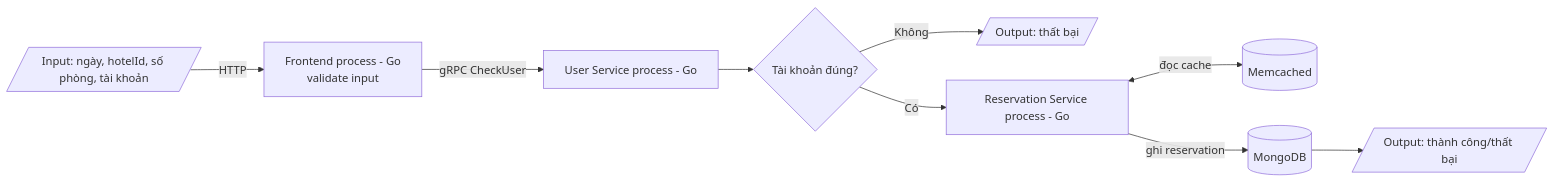
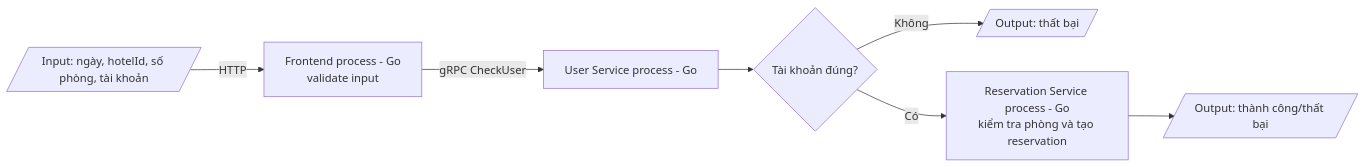
The third of 11 diagrams in 22-CAU-HOI-VA-DAP-AN.md (khuongduy354/onthi-swe), drawn with Mermaid before and after one commit.

Commit message:
Keep reservation process view focused on runtime processes

````diff
--- a/22-CAU-HOI-VA-DAP-AN.md
+++ b/22-CAU-HOI-VA-DAP-AN.md
@@ -110,11 +110,9 @@
 ```mermaid
 flowchart LR
     I[/Input: ngày, hotelId, số phòng, tài khoản/] -->|HTTP| F[Frontend process - Go<br/>validate input]
     F -->|gRPC CheckUser| U[User Service process - Go]
     U --> D{Tài khoản đúng?}
     D -->|Không| O1[/Output: thất bại/]
-    D -->|Có| R[Reservation Service process - Go]
-    R <-->|đọc cache| C[(Memcached)]
-    R -->|ghi reservation| DB[(MongoDB)]
-    DB --> O2[/Output: thành công/thất bại/]
+    D -->|Có| R[Reservation Service process - Go<br/>kiểm tra phòng và tạo reservation]
+    R --> O2[/Output: thành công/thất bại/]
 ```
````
